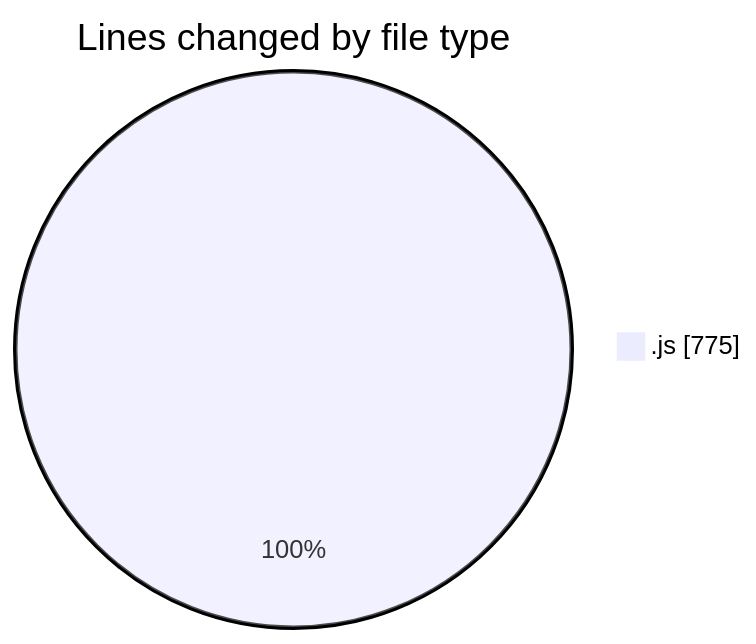
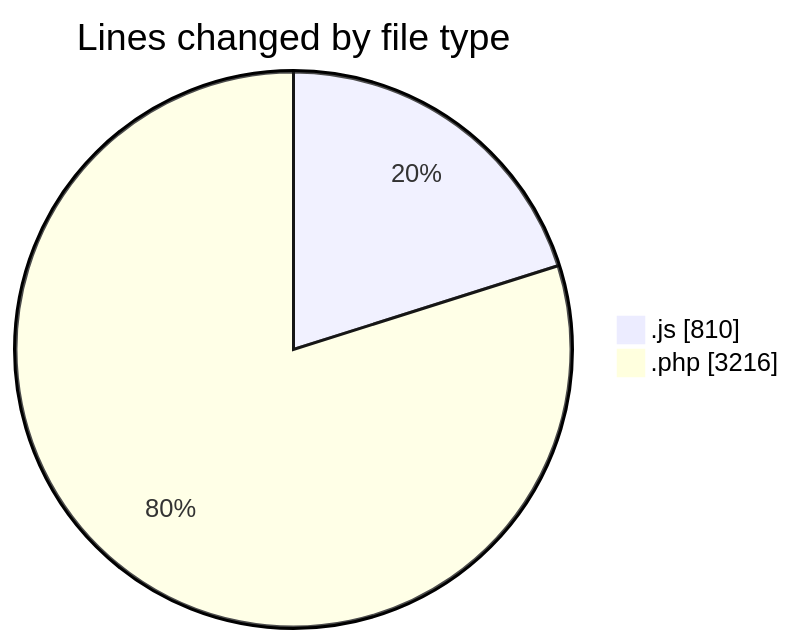
The first of 2 diagrams in 2026-10-30/wp-content/README.md (debugP/code-tracking), drawn with Mermaid before and after one commit. The commit also changed other lines of this file and 1 other file, not shown here.

````diff
--- a/2026-10-30/wp-content/README.md
+++ b/2026-10-30/wp-content/README.md
@@ -20,5 +21,6 @@
 ```mermaid
 pie showData
 title Lines changed by file type
-".js" : 775
+".js" : 810
+".php" : 3216
 ```
````
